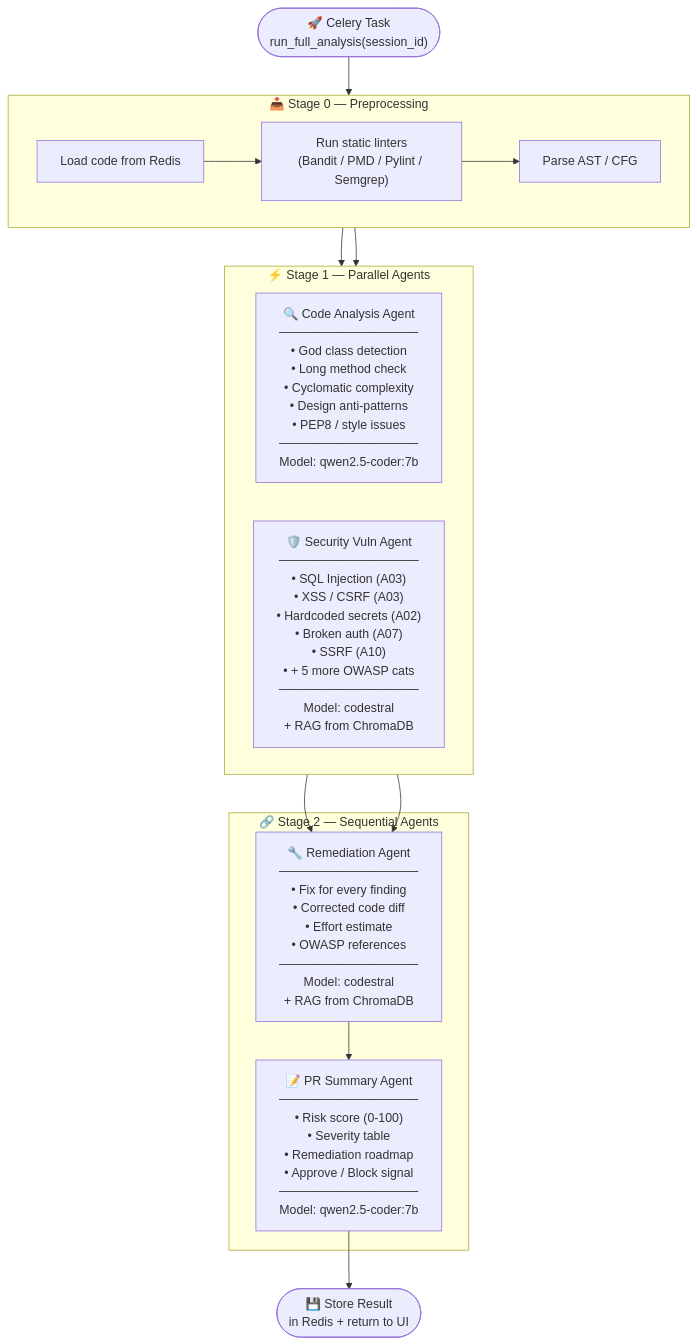
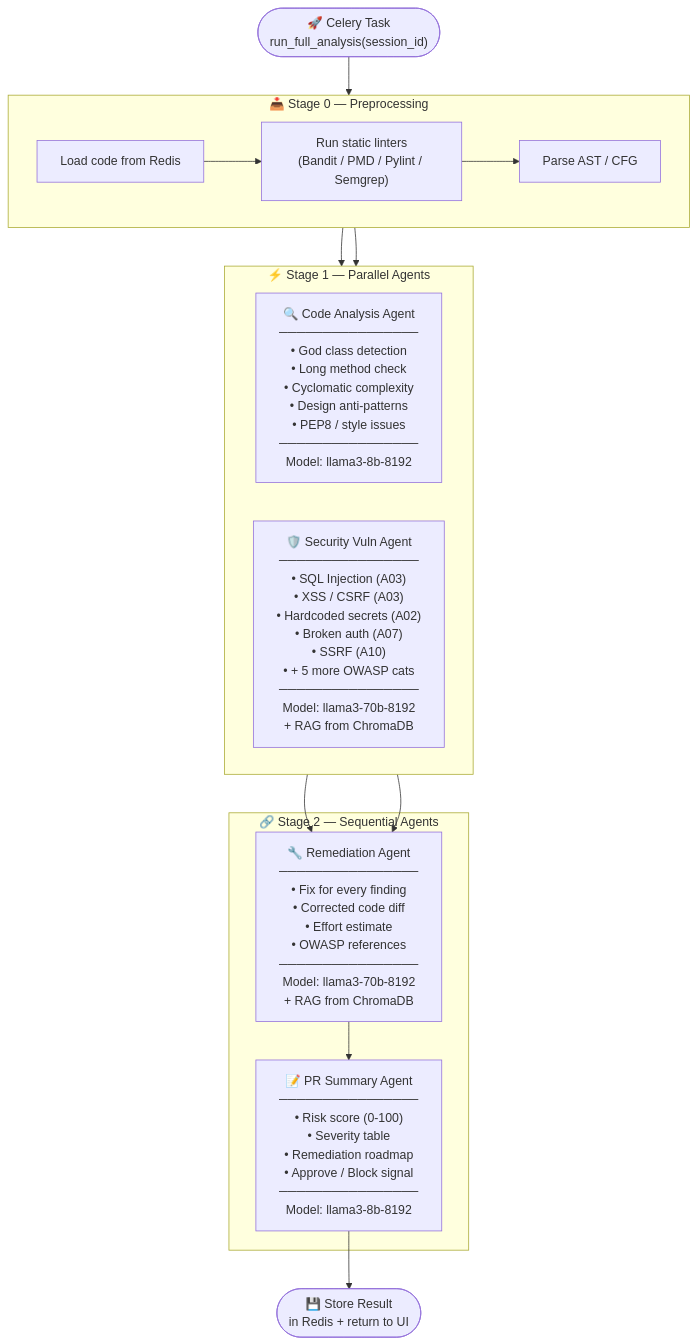
Before and after one commit to shubham0915/AI-Code-Review-Security-Analysis-Agent-Group2: the third of 7 diagrams in README.md, drawn with Mermaid. The commit also changed other lines of this file, not shown here.

````diff
--- a/README.md
+++ b/README.md
@@ -341,30 +344,30 @@
 ```mermaid
 flowchart TD
     START(["🚀 Celery Task\nrun_full_analysis(session_id)"])
 
     subgraph PRE["📥 Stage 0 — Preprocessing"]
         P1["Load code from Redis"]
         P2["Run static linters\n(Bandit / PMD / Pylint / Semgrep)"]
         P3["Parse AST / CFG"]
         P1 --> P2 --> P3
     end
 
     subgraph PARALLEL["⚡ Stage 1 — Parallel Agents"]
         direction LR
-        AG1["🔍 Code Analysis Agent\n────────────────\n• God class detection\n• Long method check\n• Cyclomatic complexity\n• Design anti-patterns\n• PEP8 / style issues\n────────────────\nModel: qwen2.5-coder:7b"]
-        AG2["🛡️ Security Vuln Agent\n────────────────\n• SQL Injection (A03)\n• XSS / CSRF (A03)\n• Hardcoded secrets (A02)\n• Broken auth (A07)\n• SSRF (A10)\n• + 5 more OWASP cats\n────────────────\nModel: codestral\n+ RAG from ChromaDB"]
+        AG1["🔍 Code Analysis Agent\n────────────────\n• God class detection\n• Long method check\n• Cyclomatic complexity\n• Design anti-patterns\n• PEP8 / style issues\n────────────────\nModel: llama3-8b-8192"]
+        AG2["🛡️ Security Vuln Agent\n────────────────\n• SQL Injection (A03)\n• XSS / CSRF (A03)\n• Hardcoded secrets (A02)\n• Broken auth (A07)\n• SSRF (A10)\n• + 5 more OWASP cats\n────────────────\nModel: llama3-70b-8192\n+ RAG from ChromaDB"]
     end
 
     subgraph SEQ["🔗 Stage 2 — Sequential Agents"]
-        AG3["🔧 Remediation Agent\n────────────────\n• Fix for every finding\n• Corrected code diff\n• Effort estimate\n• OWASP references\n────────────────\nModel: codestral\n+ RAG from ChromaDB"]
-        AG4["📝 PR Summary Agent\n────────────────\n• Risk score (0-100)\n• Severity table\n• Remediation roadmap\n• Approve / Block signal\n────────────────\nModel: qwen2.5-coder:7b"]
+        AG3["🔧 Remediation Agent\n────────────────\n• Fix for every finding\n• Corrected code diff\n• Effort estimate\n• OWASP references\n────────────────\nModel: llama3-70b-8192\n+ RAG from ChromaDB"]
+        AG4["📝 PR Summary Agent\n────────────────\n• Risk score (0-100)\n• Severity table\n• Remediation roadmap\n• Approve / Block signal\n────────────────\nModel: llama3-8b-8192"]
     end
 
     RESULT(["💾 Store Result\nin Redis + return to UI"])
 
     START --> PRE
     PRE --> AG1 & AG2
     AG1 & AG2 --> AG3
     AG3 --> AG4
     AG4 --> RESULT
 ```
````
